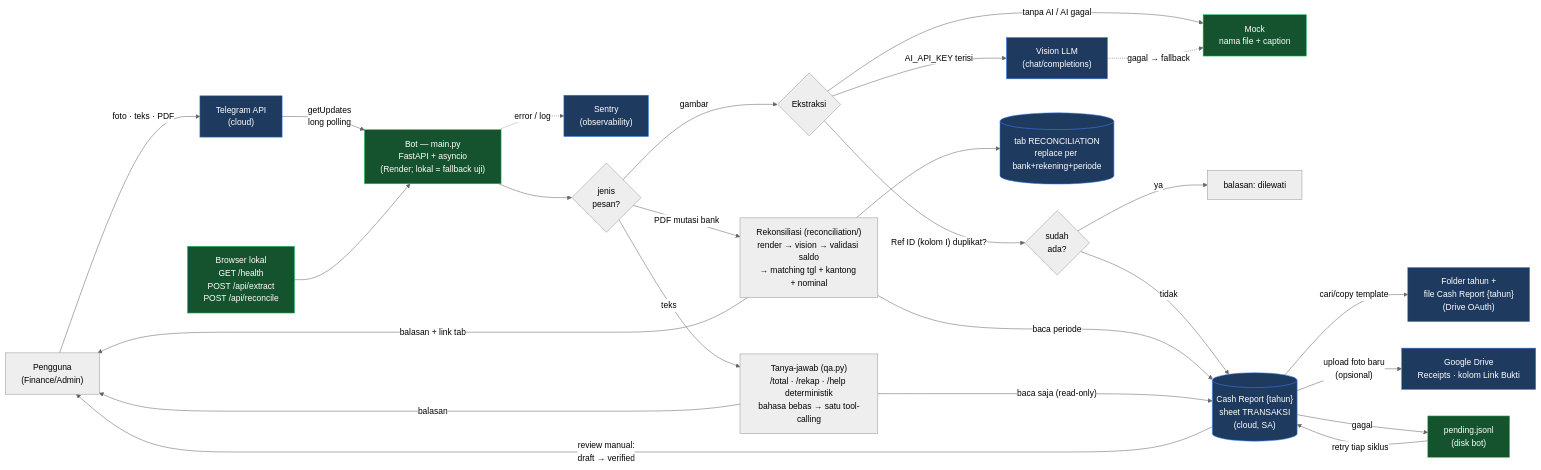
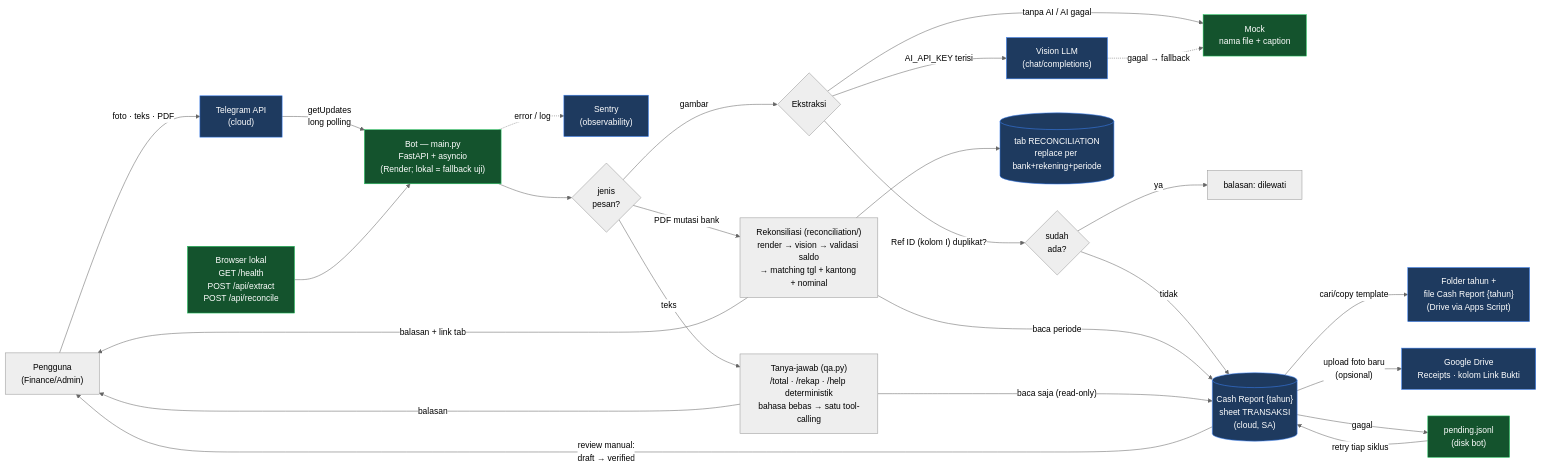
The diagram in README.md (Project-Rework-G3-AI/ai-finance-assistant), drawn with Mermaid (neutral theme) before and after one commit. The commit also changed other lines of this file and 8 other files, not shown here.

First line of the commit message:
feat: migrasi operasi Drive ke Apps Script Web App (Opsi2, jalur tunggal)

````diff
--- a/README.md
+++ b/README.md
@@ -9,38 +9,38 @@
 ```mermaid
 flowchart LR
     U["Pengguna<br/>(Finance/Admin)"] -->|"foto · teks · PDF"| TG["Telegram API<br/>(cloud)"]
     TG -->|"getUpdates<br/>long polling"| BOT["Bot — main.py<br/>FastAPI + asyncio<br/>(Render; lokal = fallback uji)"]
     BOT -.->|"error / log"| SEN["Sentry<br/>(observability)"]
     BOT --> ROUT{"jenis<br/>pesan?"}
 
     ROUT -->|"gambar"| EXT{"Ekstraksi"}
     EXT -->|"AI_API_KEY terisi"| VIS["Vision LLM<br/>(chat/completions)"]
     EXT -->|"tanpa AI / AI gagal"| MOCK["Mock<br/>nama file + caption"]
     VIS -.->|"gagal → fallback"| MOCK
 
     EXT -->|"Ref ID (kolom I) duplikat?"| DUP{"sudah<br/>ada?"}
     DUP -->|"ya"| SKIP["balasan: dilewati"]
     DUP -->|"tidak"| CR[("Cash Report {tahun}<br/>sheet TRANSAKSI<br/>(cloud, SA)")]
 
     ROUT -->|"PDF mutasi bank"| REC["Rekonsiliasi (reconciliation/)<br/>render → vision → validasi saldo<br/>→ matching tgl + kantong + nominal"]
     REC -->|"baca periode"| CR
     REC --> RC[("tab RECONCILIATION<br/>replace per bank+rekening+periode")]
     REC -->|"balasan + link tab"| U
 
     ROUT -->|"teks"| QA["Tanya-jawab (qa.py)<br/>/total · /rekap · /help deterministik<br/>bahasa bebas → satu tool-calling"]
     QA -->|"baca saja (read-only)"| CR
     QA -->|"balasan"| U
 
-    CR -->|"cari/copy template"| YR["Folder tahun +<br/>file Cash Report {tahun}<br/>(Drive OAuth)"]
+    CR -->|"cari/copy template"| YR["Folder tahun +<br/>file Cash Report {tahun}<br/>(Drive via Apps Script)"]
     CR -->|"upload foto baru<br/>(opsional)"| DRIVE["Google Drive<br/>Receipts · kolom Link Bukti"]
     CR -->|"gagal"| PEND["pending.jsonl<br/>(disk bot)"]
     PEND -->|"retry tiap siklus"| CR
 
     CR -->|"review manual:<br/>draft → verified"| U
     W["Browser lokal<br/>GET /health<br/>POST /api/extract<br/>POST /api/reconcile"] --> BOT
 
     classDef cloud fill:#1e3a5f,stroke:#3b82f6,color:#fff
     classDef local fill:#14532d,stroke:#22c55e,color:#fff
     class TG,CR,VIS,DRIVE,YR,RC,SEN cloud
     class BOT,MOCK,PEND,W local
 ```
````
